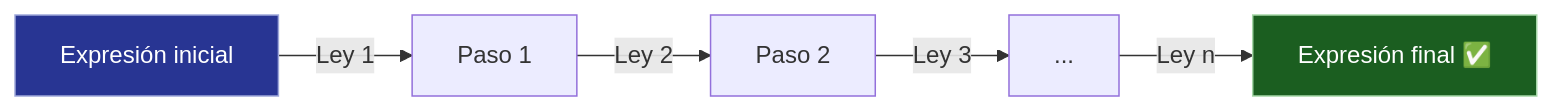
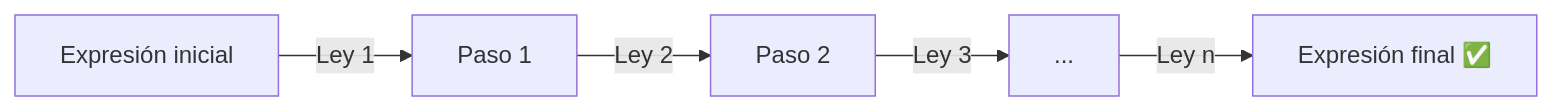
One commit to Fsteven22/Notas-ESPOL changed the diagram in src/site/notes/Universidad/3er Semestre/Matemáticas Discretas/Unidad 1 - Logica y Conjuntos/II - Álgebra Proposicional/01 - Algebra de Proposiciones.md. Above: the diagram before and after it, drawn with Mermaid. The commit also changed 179 other files, not shown here.

````diff
--- a/src/site/notes/Universidad/3er Semestre/Matemáticas Discretas/Unidad 1 - Logica y Conjuntos/II - Álgebra Proposicional/01 - Algebra de Proposiciones.md
+++ b/src/site/notes/Universidad/3er Semestre/Matemáticas Discretas/Unidad 1 - Logica y Conjuntos/II - Álgebra Proposicional/01 - Algebra de Proposiciones.md
@@ -188,10 +188,8 @@
 ```mermaid
 graph LR
     A[Expresión inicial] -->|"Ley 1"| B[Paso 1]
     B -->|"Ley 2"| C[Paso 2]
     C -->|"Ley 3"| D[...]
     D -->|"Ley n"| E[Expresión final ✅]
 
-    style A fill:#283593,color:#FFFFFF,stroke:#9FA8DA,stroke-width:1px
-    style E fill:#1B5E20,color:#FFFFFF,stroke:#A5D6A7,stroke-width:1px
 ```
````
